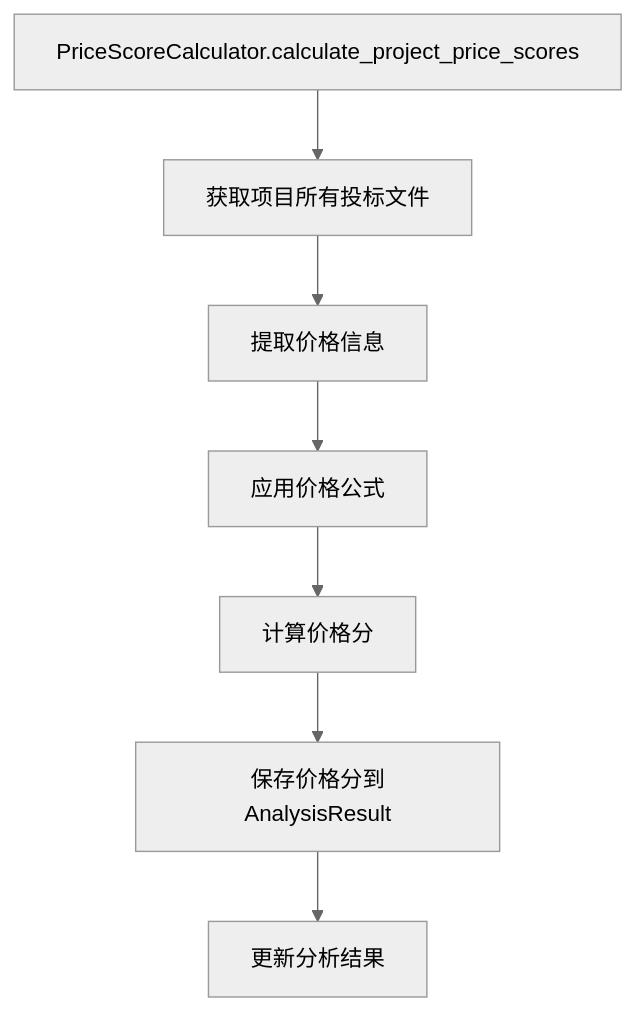
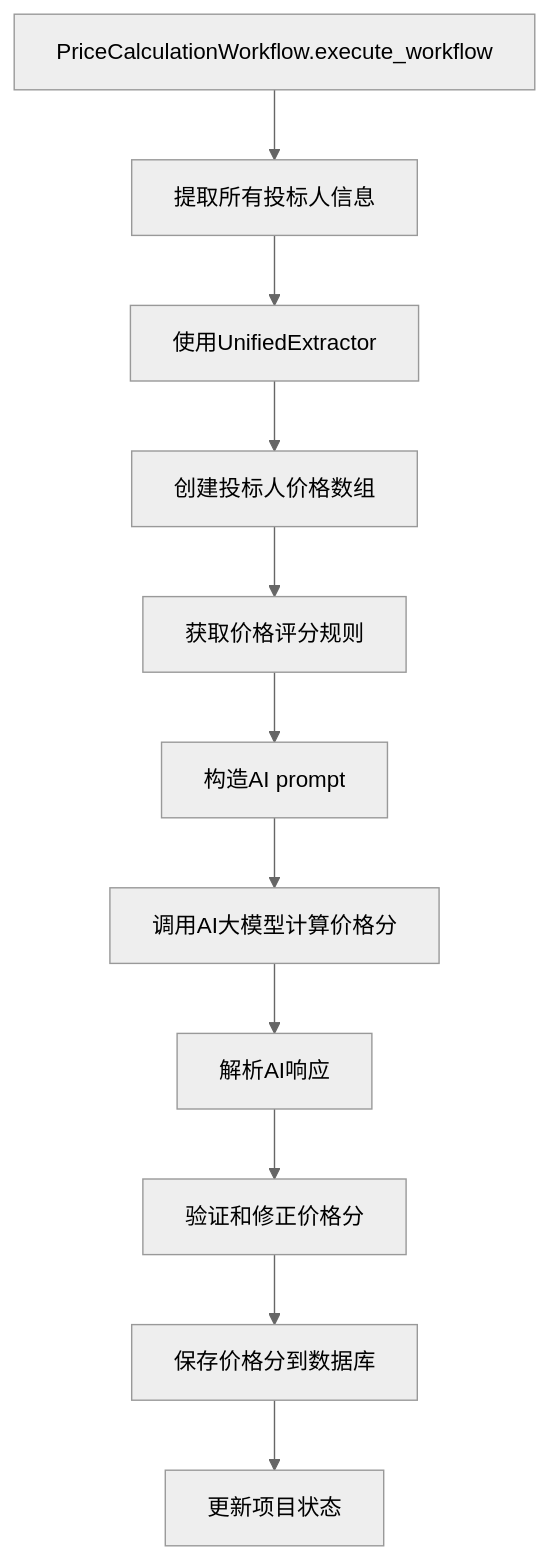
One commit to zhd5258/AI_env2 changed diagram 11 of 14 in docs/流程图.md. Above: the diagram before and after it, drawn with Mermaid (neutral theme). The commit also changed other lines of this file and 36 other files, not shown here.

````diff
--- a/docs/流程图.md
+++ b/docs/流程图.md
@@ -142,9 +166,13 @@
 ```mermaid
 graph TD
-    A[PriceScoreCalculator.calculate_project_price_scores] --> B[获取项目所有投标文件]
-    B --> C[提取价格信息]
-    C --> D[应用价格公式]
-    D --> E[计算价格分]
-    E --> F[保存价格分到AnalysisResult]
-    F --> G[更新分析结果]
+    A[PriceCalculationWorkflow.execute_workflow] --> B[提取所有投标人信息]
+    B --> C[使用UnifiedExtractor]
+    C --> D[创建投标人价格数组]
+    D --> E[获取价格评分规则]
+    E --> F[构造AI prompt]
+    F --> G[调用AI大模型计算价格分]
+    G --> H[解析AI响应]
+    H --> I[验证和修正价格分]
+    I --> J[保存价格分到数据库]
+    J --> K[更新项目状态]
 ```
````
